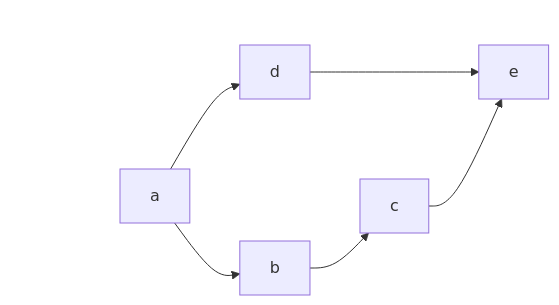
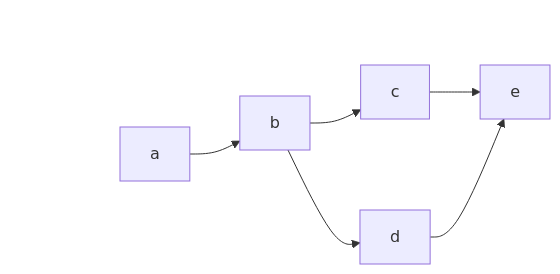
Diagram 44 of 44 in README.md (tseijp/zidx), drawn with Mermaid before and after one commit. The commit also changed other lines of this file and 4 other files, not shown here.

````diff
--- a/README.md
+++ b/README.md
@@ -1337,15 +1359,15 @@
 ```mermaid
 flowchart LR
     g[" "]
     g ~~~ a
     g ~~~ b
     g ~~~ c
     g ~~~ d
     g ~~~ e
+    style g fill:none,stroke:none,color:none
     a --> b
     b --> c
-    a --> d
+    b --> d
+    c --> e
     d --> e
-    c --> e
-    style g fill:none,stroke:none,color:none
 ```
````
